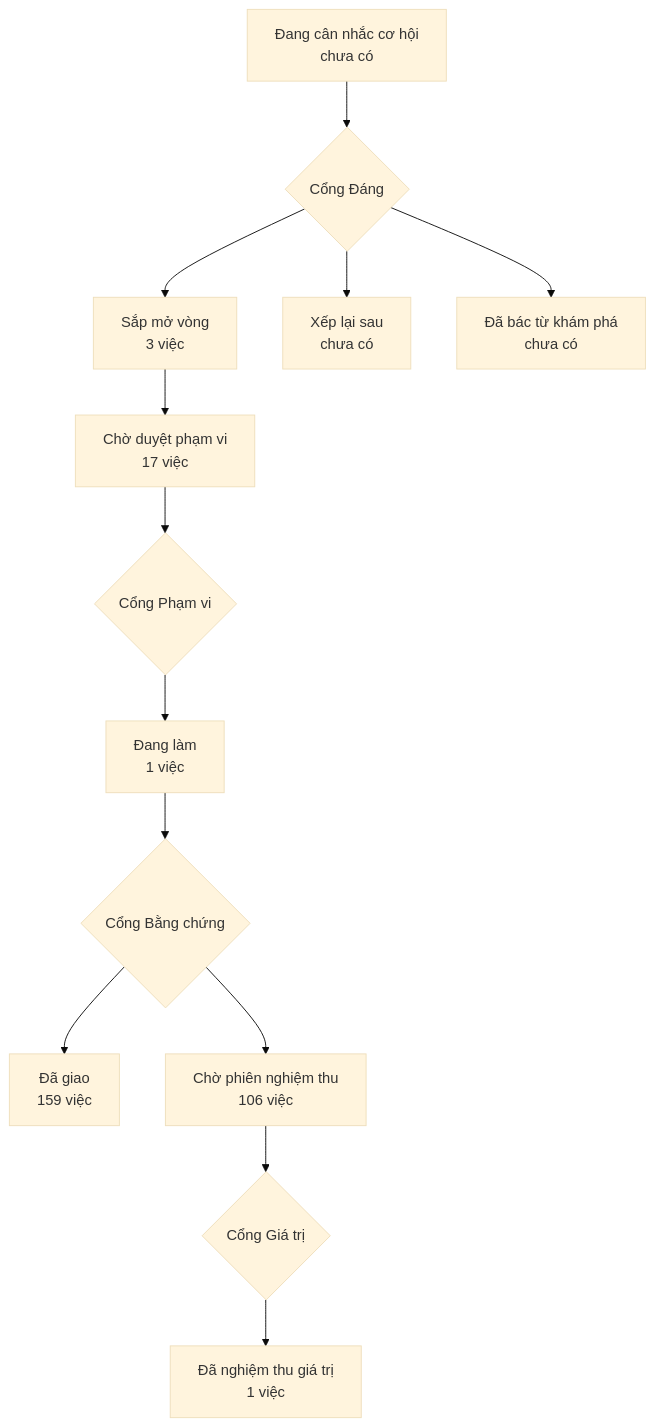
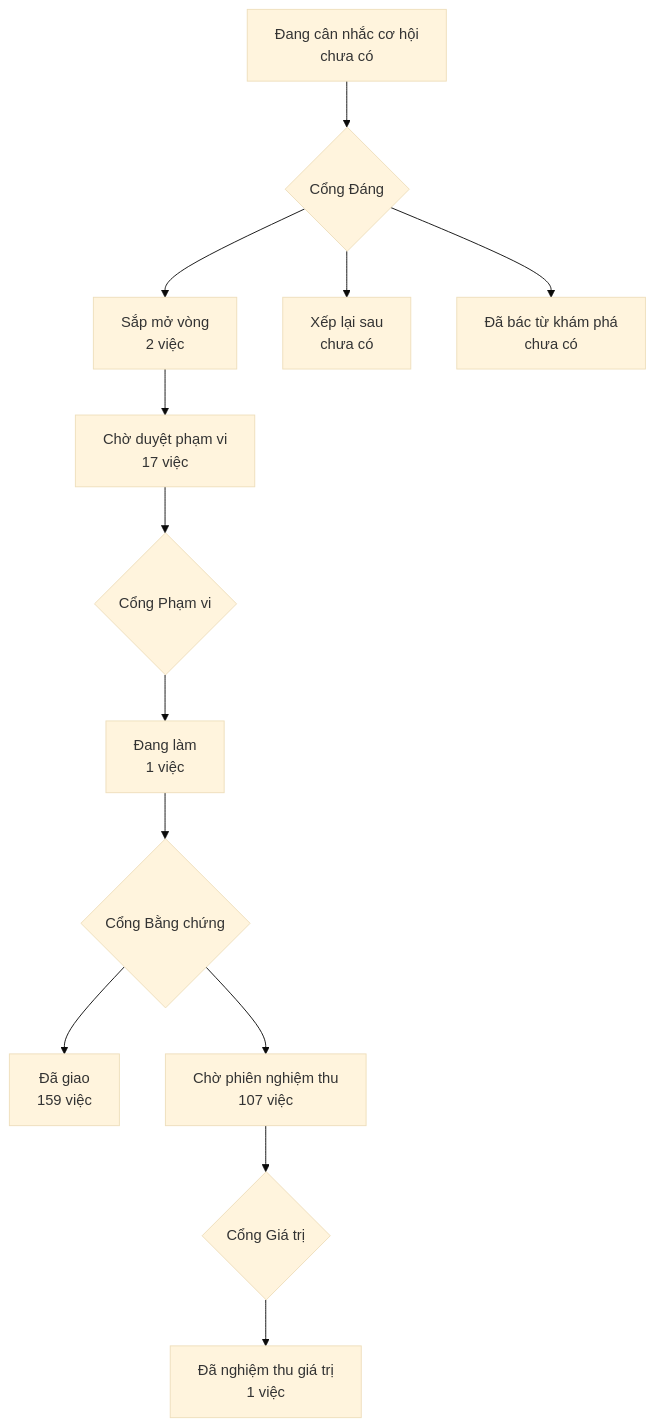
Before and after one commit to phanlemanh/onehub-invest: the diagram in PRODUCT-MAP.md, drawn with Mermaid (base theme). The commit also changed other lines of this file and 1 other file, not shown here.

Commit message:
chore(acceptance): vẽ lại bản đồ sau khi gộp main

````diff
--- a/PRODUCT-MAP.md
+++ b/PRODUCT-MAP.md
@@ -7,12 +7,12 @@
 ```mermaid
 flowchart TD
   A["Đang cân nhắc cơ hội<br/>chưa có"] --> GD{"Cổng Đáng"}
-  GD --> B["Sắp mở vòng<br/>3 việc"]
+  GD --> B["Sắp mở vòng<br/>2 việc"]
   GD --> XL["Xếp lại sau<br/>chưa có"]
   GD --> DB["Đã bác từ khám phá<br/>chưa có"]
   B --> CD["Chờ duyệt phạm vi<br/>17 việc"] --> GP{"Cổng Phạm vi"}
   GP --> DL["Đang làm<br/>1 việc"] --> GB{"Cổng Bằng chứng"}
   GB --> DG["Đã giao<br/>159 việc"]
-  GB --> CN["Chờ phiên nghiệm thu<br/>106 việc"] --> GG{"Cổng Giá trị"}
+  GB --> CN["Chờ phiên nghiệm thu<br/>107 việc"] --> GG{"Cổng Giá trị"}
   GG --> NT["Đã nghiệm thu giá trị<br/>1 việc"]
 ```
````
